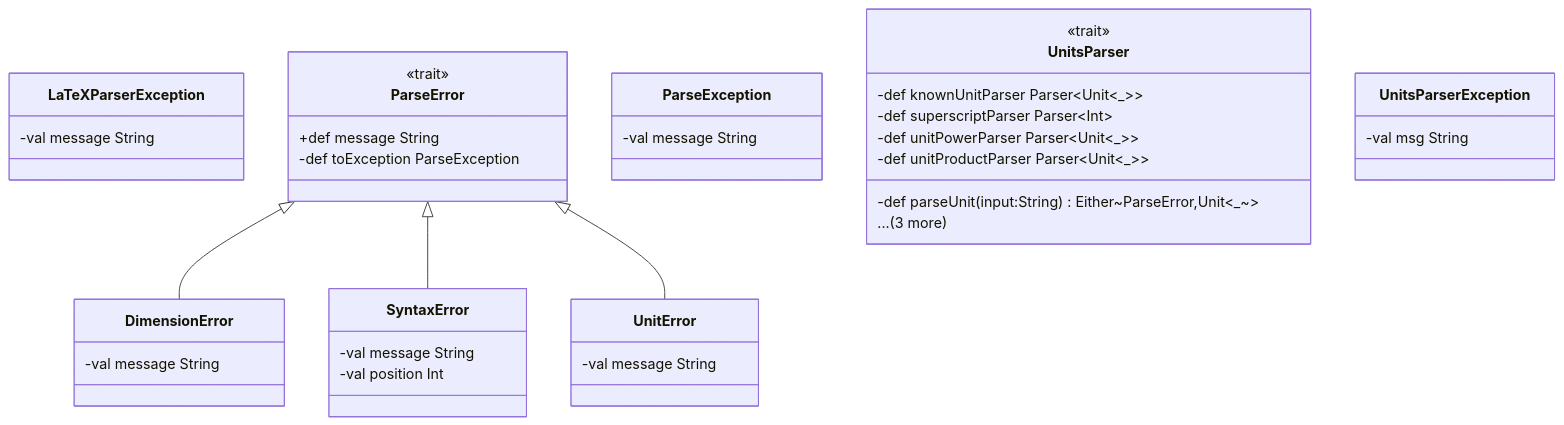
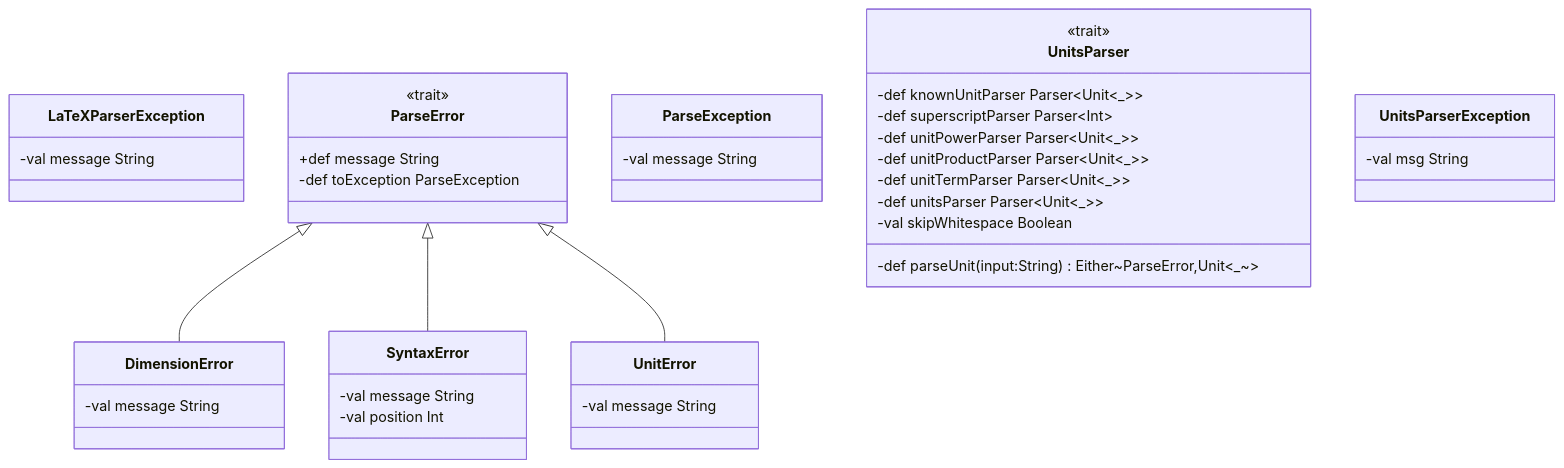
One commit to rchillyard/Number changed the diagram in docs/diagrams/parse.mmd. Above: the diagram before and after it, drawn with Mermaid. The commit also changed 7 other files, not shown here.

First line of the commit message:
Version "0.1.1" of MermaidMain

```diff
--- a/docs/diagrams/parse.mmd
+++ b/docs/diagrams/parse.mmd
@@ -1,40 +1,42 @@
 classDiagram
   %% parse -- auto-generated by MermaidMain, do not edit
 
   class DimensionError {
     -val message String
   }
   class LaTeXParserException {
     -val message String
   }
   class ParseError {
     <<trait>>
     +def message String
     -def toException ParseException
   }
   class ParseException {
     -val message String
   }
   class SyntaxError {
     -val message String
     -val position Int
   }
   class UnitError {
     -val message String
   }
   class UnitsParser {
     <<trait>>
     -def knownUnitParser Parser~Unit~_~~
     -def parseUnit(input:String) Either~ParseError,Unit~_~~
     -def superscriptParser Parser~Int~
     -def unitPowerParser Parser~Unit~_~~
     -def unitProductParser Parser~Unit~_~~
-    ...(3 more)
+    -def unitTermParser Parser~Unit~_~~
+    -def unitsParser Parser~Unit~_~~
+    -val skipWhitespace Boolean
   }
   class UnitsParserException {
     -val msg String
   }
 
   ParseError <|-- DimensionError
   ParseError <|-- SyntaxError
   ParseError <|-- UnitError
```
